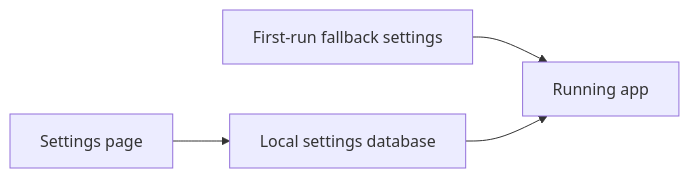
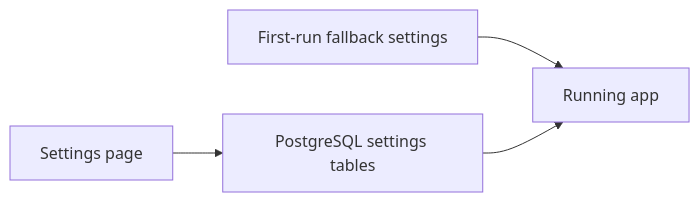
Before and after one commit to Belgian-Coder/PremiereCalendar: the diagram in docs/Troubleshooting.md, drawn with Mermaid. The commit also changed other lines of this file and 11 other files, not shown here.

````diff
--- a/docs/Troubleshooting.md
+++ b/docs/Troubleshooting.md
@@ -98,6 +95,6 @@
 ```mermaid
 flowchart LR
-    Settings["Settings page"] --> Db["Local settings database"]
+    Settings["Settings page"] --> Db["PostgreSQL settings tables"]
     Fallback["First-run fallback settings"] --> App["Running app"]
     Db --> App
 ```
````
